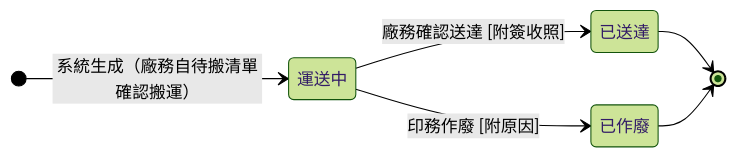
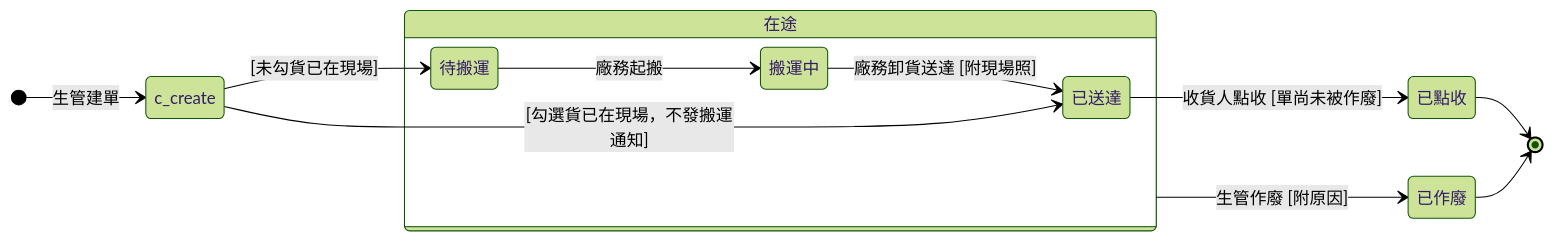
The diagram in memory/Sens_wiki/wiki/erp/06-state-machines/轉交單狀態.md (Kawato-Miles/erp-spec), drawn with Mermaid (forest theme) before and after one commit. The commit also changed other lines of this file and 38 other files, not shown here.

````diff
--- a/memory/Sens_wiki/wiki/erp/06-state-machines/轉交單狀態.md
+++ b/memory/Sens_wiki/wiki/erp/06-state-machines/轉交單狀態.md
@@ -34,16 +36,28 @@
 ```mermaid
 stateDiagram-v2
     direction LR
 
-    [*] --> s_shipping : 系統生成（廠務自待搬清單確認搬運）
+    [*] --> c_create : 生管建單
+    state c_create <<choice>>
 
-    state "運送中" as s_shipping
-    state "已送達" as s_arrived
+    state "在途" as g_active {
+        state "待搬運" as s_pending
+        state "搬運中" as s_moving
+        state "已送達" as s_arrived
+
+        s_pending --> s_moving : 廠務起搬
+        s_moving --> s_arrived : 廠務卸貨送達 [附現場照]
+    }
+
+    state "已點收" as s_received
     state "已作廢" as s_void
 
-    s_shipping --> s_arrived : 廠務確認送達 [附簽收照]
-    s_shipping --> s_void : 印務作廢 [附原因]
+    c_create --> s_pending : [未勾貨已在現場]
+    c_create --> s_arrived : [勾選貨已在現場，不發搬運通知]
 
-    s_arrived --> [*]
+    s_arrived --> s_received : 收貨人點收 [單尚未被作廢]
+    g_active --> s_void : 生管作廢 [附原因]
+
+    s_received --> [*]
     s_void --> [*]
 ```
````
